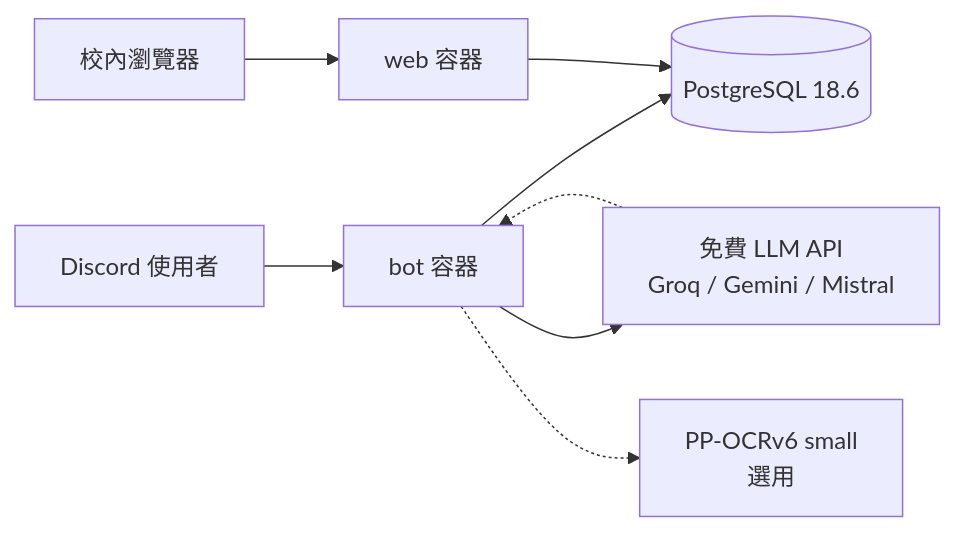
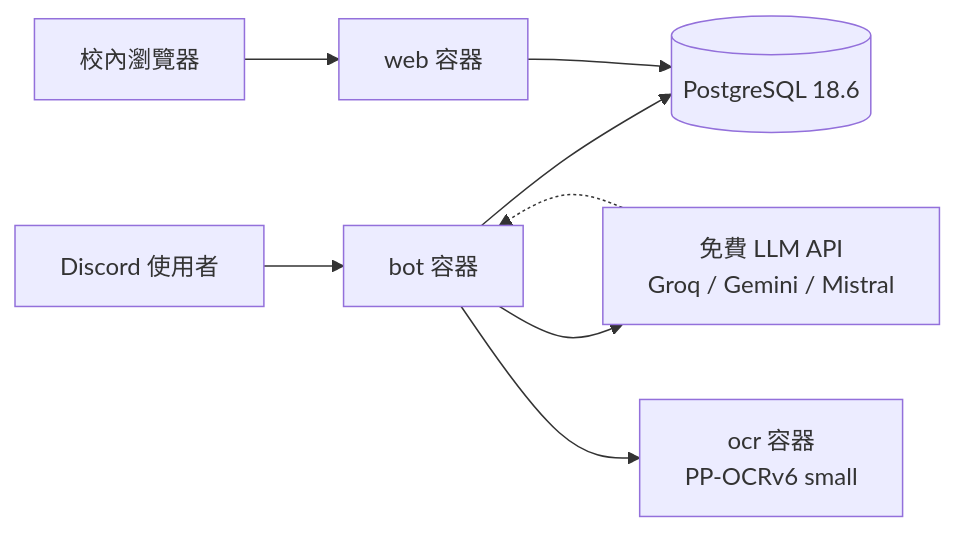
Before and after one commit to Lrniey666/AIPAR-ETA: the diagram in README.md, drawn with Mermaid. The commit also changed other lines of this file and 58 other files, not shown here.

````diff
--- a/README.md
+++ b/README.md
@@ -122,10 +141,10 @@
 ```mermaid
 flowchart LR
   D[Discord 使用者] --> B[bot 容器]
   C[校內瀏覽器] --> W[web 容器]
   B --> P[(PostgreSQL 18.6)]
   W --> P
   B --> L[免費 LLM API<br/>Groq / Gemini / Mistral]
-  B -.-> O[PP-OCRv6 small<br/>選用]
+  B --> O[ocr 容器<br/>PP-OCRv6 small]
   L -.-> B
 ```
````
